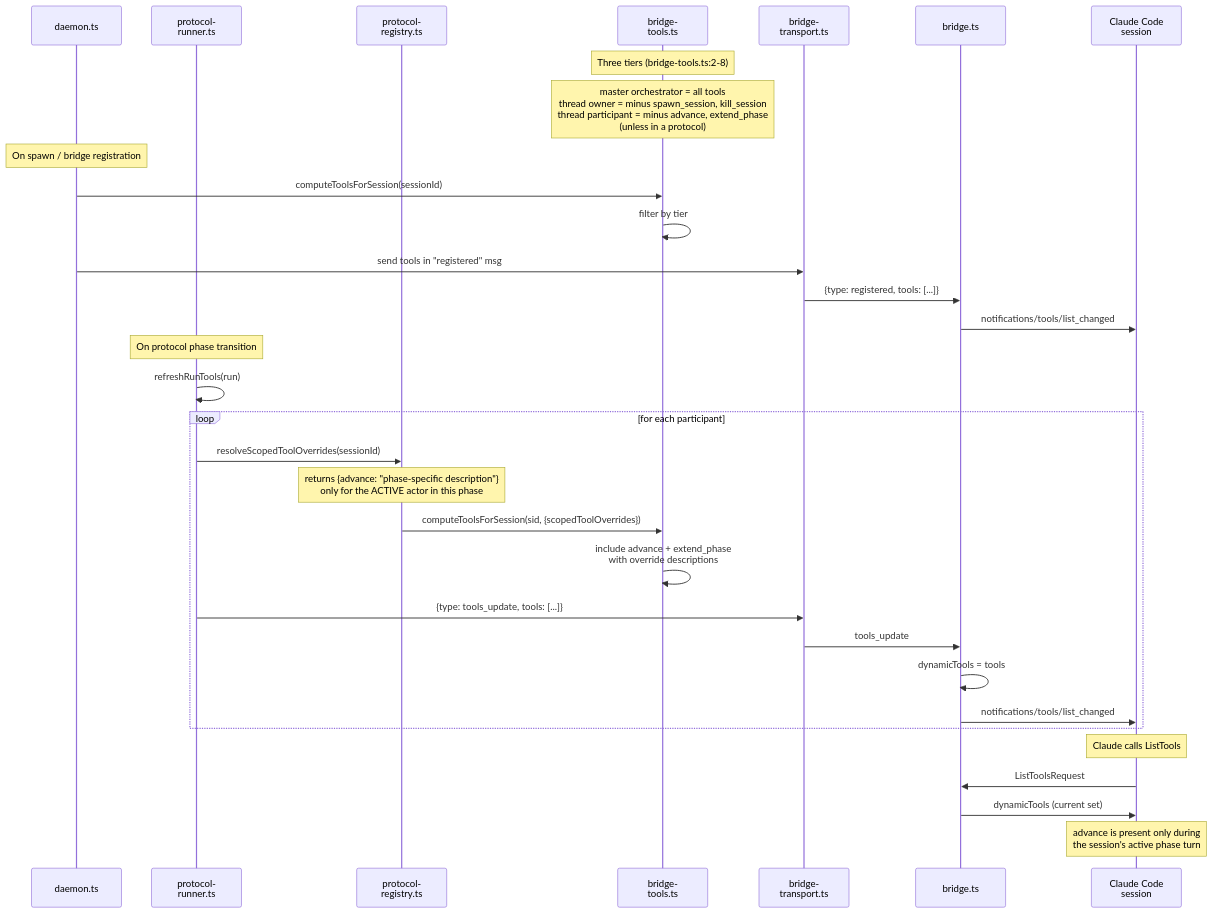
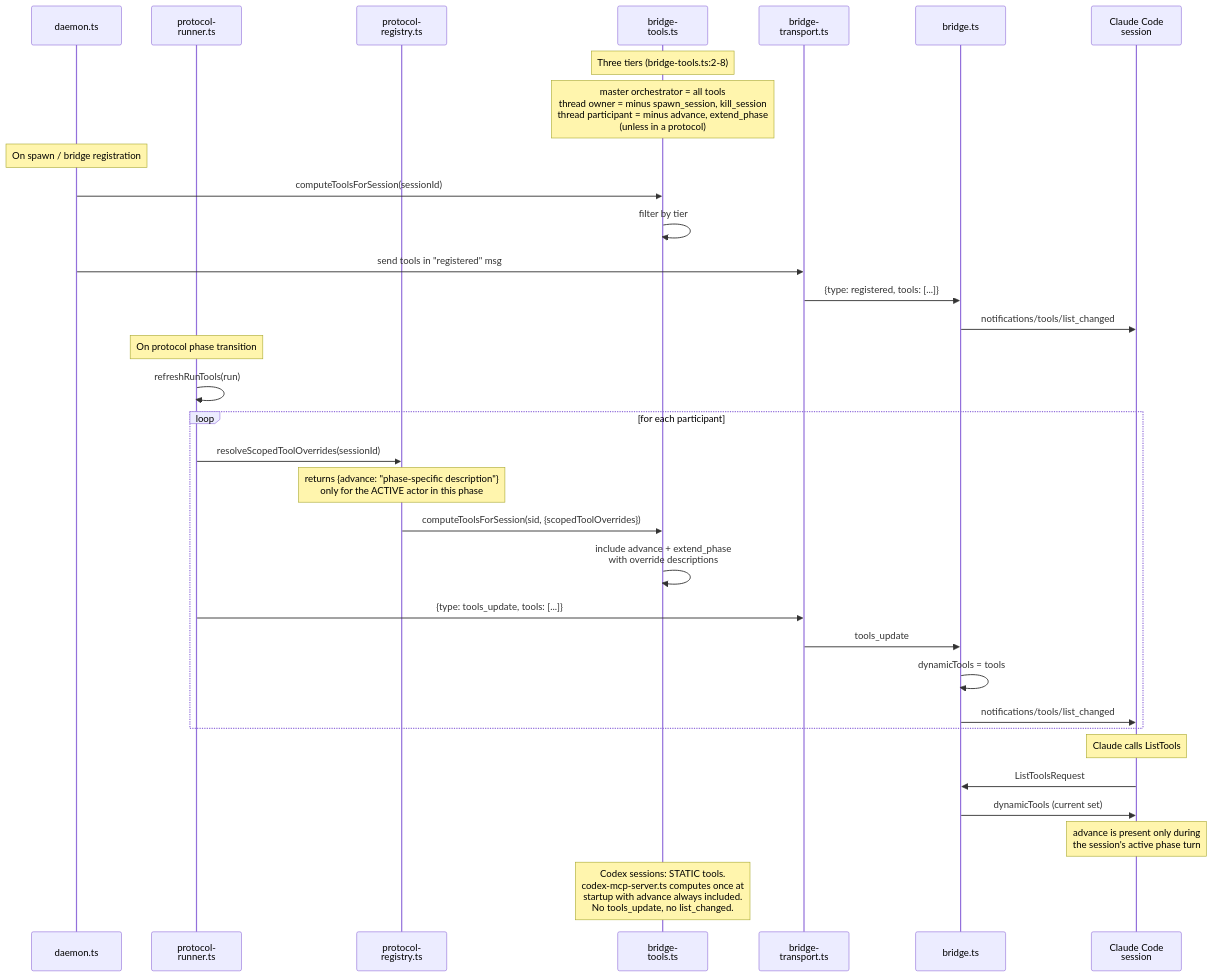
One commit to sf8193/hydra changed the diagram in diagrams/flow-tool-scoping.mmd. Above: the diagram before and after it, drawn with Mermaid. The commit also changed 1 other file, not shown here.

Commit message:
fix: note codex static tools in tool-scoping diagram
Codex sessions get advance/extend_phase statically at startup —
no tools_update path, no list_changed. Dynamic scoping is
Claude-only (via bridge.ts MCP notifications).

```diff
--- a/diagrams/flow-tool-scoping.mmd
+++ b/diagrams/flow-tool-scoping.mmd
@@ -1,40 +1,42 @@
 %% Tool Scoping — three tiers, dynamic per phase
 %% Why "advance" appears and disappears between protocol phases.
 %% The tool list mutates at runtime and is re-pushed over MCP.
 
 sequenceDiagram
     participant daemon as daemon.ts
     participant runner as protocol-<br/>runner.ts
     participant registry as protocol-<br/>registry.ts
     participant tools as bridge-<br/>tools.ts
     participant transport as bridge-<br/>transport.ts
     participant bridge as bridge.ts
     participant cc as Claude Code<br/>session
 
     Note over tools: Three tiers (bridge-tools.ts:2-8)
     Note over tools: master orchestrator = all tools<br/>thread owner = minus spawn_session, kill_session<br/>thread participant = minus advance, extend_phase<br/>(unless in a protocol)
 
     Note over daemon: On spawn / bridge registration
     daemon->>tools: computeToolsForSession(sessionId)
     tools->>tools: filter by tier
     daemon->>transport: send tools in "registered" msg
     transport->>bridge: {type: registered, tools: [...]}
     bridge->>cc: notifications/tools/list_changed
 
     Note over runner: On protocol phase transition
     runner->>runner: refreshRunTools(run)
     loop for each participant
         runner->>registry: resolveScopedToolOverrides(sessionId)
         Note over registry: returns {advance: "phase-specific description"}<br/>only for the ACTIVE actor in this phase
         registry->>tools: computeToolsForSession(sid, {scopedToolOverrides})
         tools->>tools: include advance + extend_phase<br/>with override descriptions
         runner->>transport: {type: tools_update, tools: [...]}
         transport->>bridge: tools_update
         bridge->>bridge: dynamicTools = tools
         bridge->>cc: notifications/tools/list_changed
     end
 
     Note over cc: Claude calls ListTools
     cc->>bridge: ListToolsRequest
     bridge->>cc: dynamicTools (current set)
     Note over cc: advance is present only during<br/>the session's active phase turn
+
+    Note over tools: Codex sessions: STATIC tools.<br/>codex-mcp-server.ts computes once at<br/>startup with advance always included.<br/>No tools_update, no list_changed.
```
